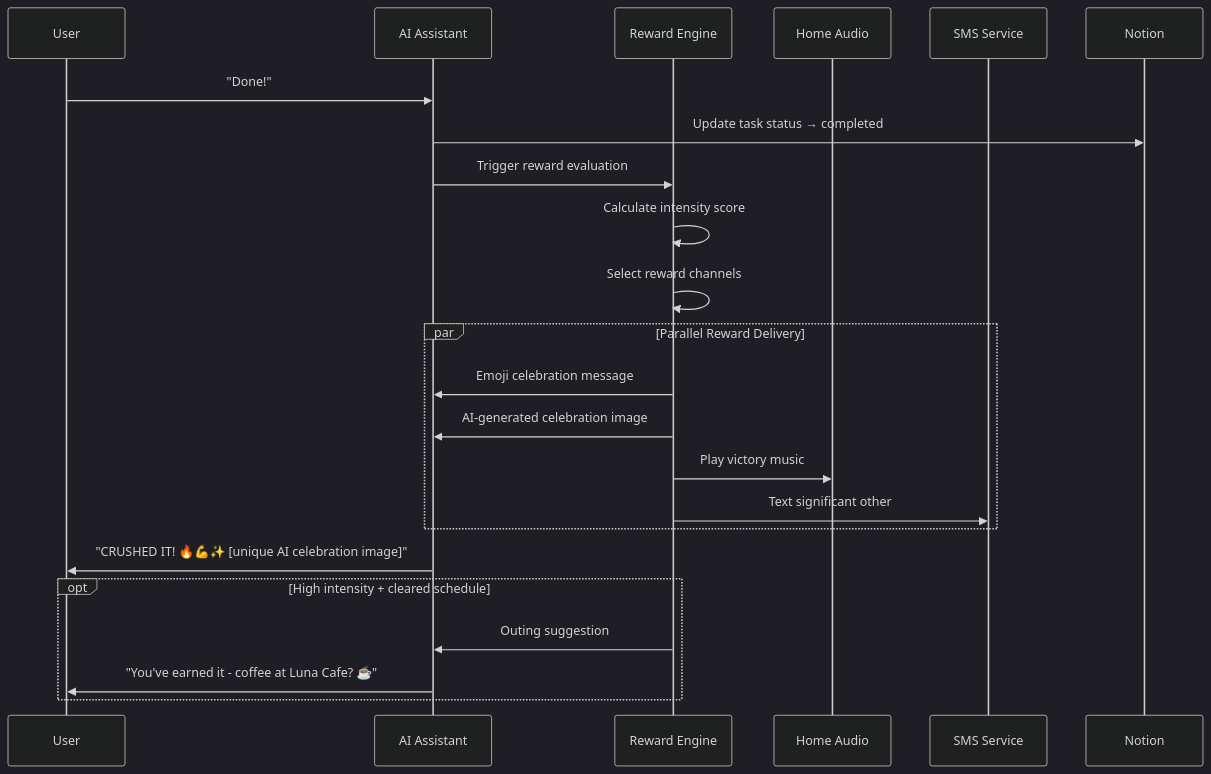
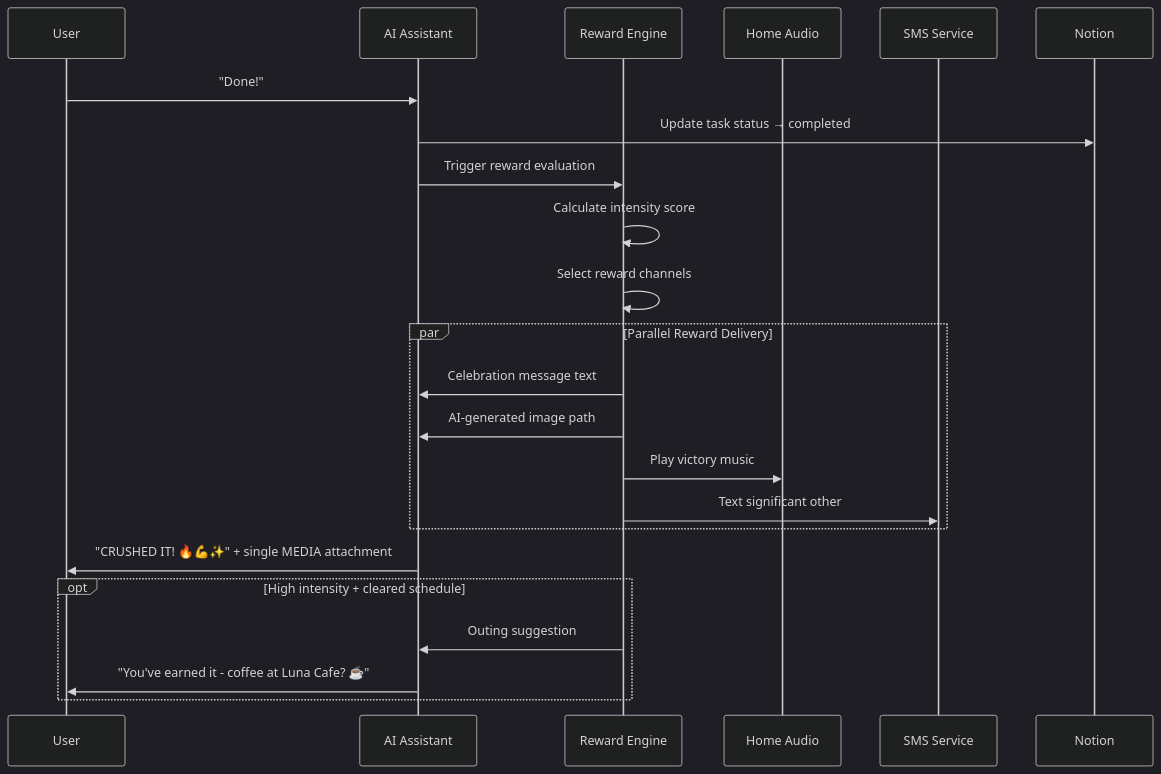
Diagram 16 of 18 in docs/reward-system.md (NickBorgersProbably/hide-my-list), drawn with Mermaid (dark theme) before and after one commit. The commit also changed other lines of this file and 2 other files, not shown here.

````diff
--- a/docs/reward-system.md
+++ b/docs/reward-system.md
@@ -753,30 +777,30 @@
 ```mermaid
 sequenceDiagram
     participant U as User
     participant AI as AI Assistant
     participant R as Reward Engine
     participant HA as Home Audio
     participant SMS as SMS Service
     participant N as Notion
 
     U->>AI: "Done!"
     AI->>N: Update task status → completed
     AI->>R: Trigger reward evaluation
 
     R->>R: Calculate intensity score
     R->>R: Select reward channels
 
     par Parallel Reward Delivery
-        R->>AI: Emoji celebration message
-        R->>AI: AI-generated celebration image
+        R->>AI: Celebration message text
+        R->>AI: AI-generated image path
         R->>HA: Play victory music
         R->>SMS: Text significant other
     end
 
-    AI->>U: "CRUSHED IT! 🔥💪✨ [unique AI celebration image]"
+    AI->>U: "CRUSHED IT! 🔥💪✨" + single MEDIA attachment
 
     opt High intensity + cleared schedule
         R->>AI: Outing suggestion
         AI->>U: "You've earned it - coffee at Luna Cafe? ☕"
     end
 ```
````
